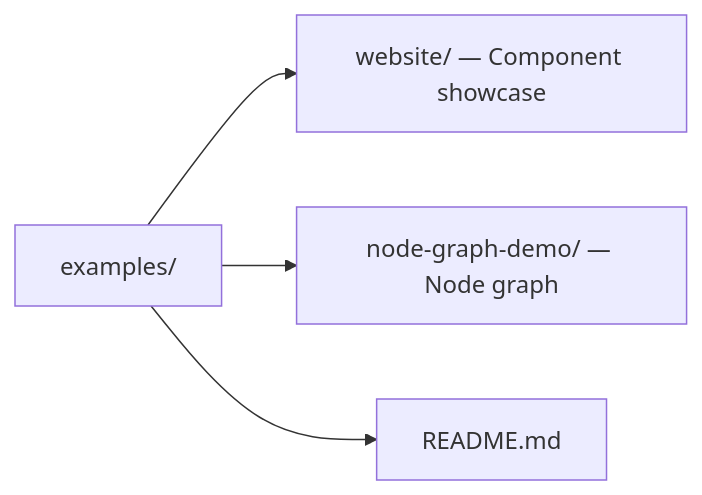
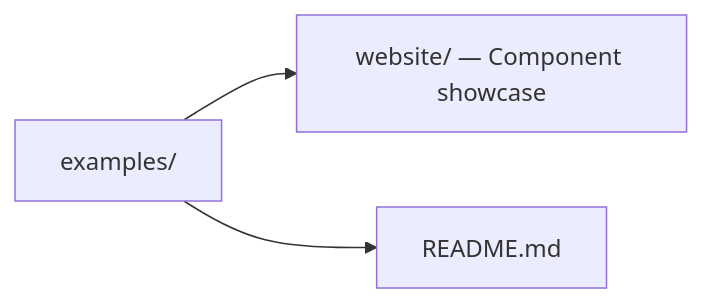
Before and after one commit to celestia-island/hikari: the diagram in examples/README.md, drawn with Mermaid. The commit also changed other lines of this file and 359 other files, not shown here.

````diff
--- a/examples/README.md
+++ b/examples/README.md
@@ -53,7 +47,6 @@
 ```mermaid
 graph LR
   root["examples/"]
   root --> website["website/ — Component showcase"]
-  root --> nodegraph["node-graph-demo/ — Node graph"]
   root --> readme["README.md"]
 ```
````
